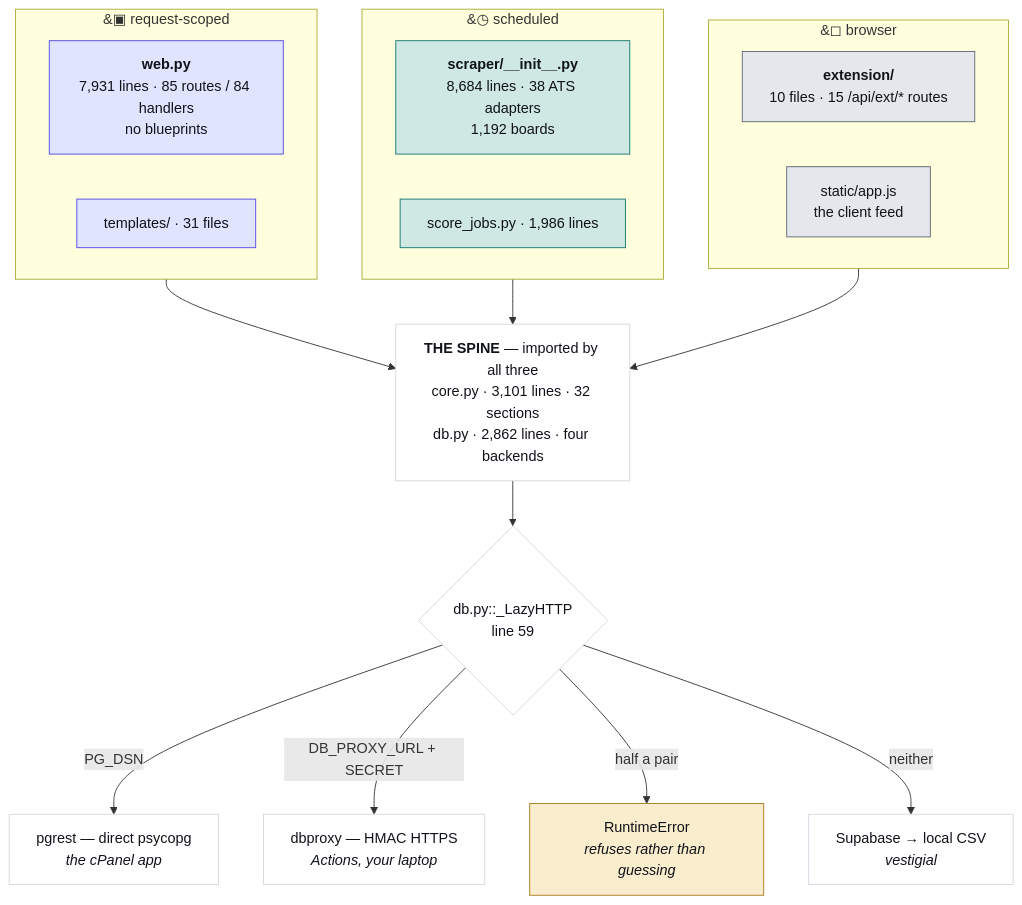
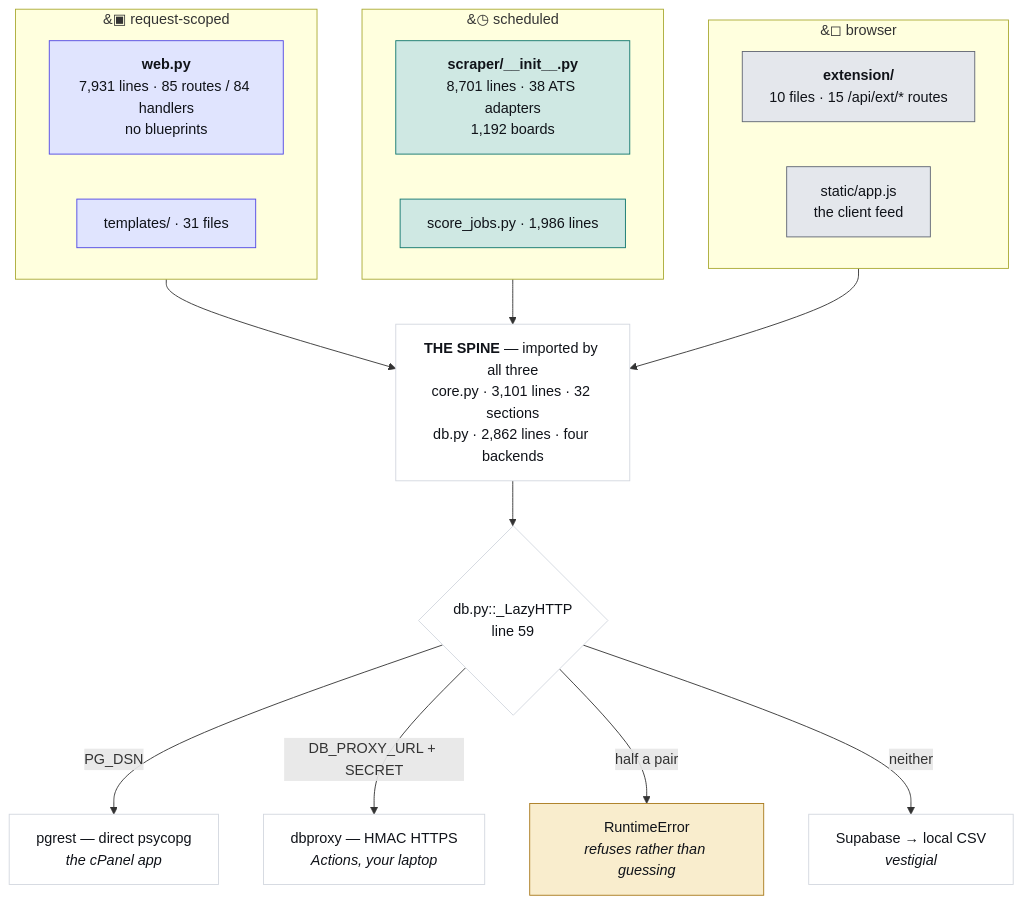
The first of 4 diagrams in JobMatch Scraper/docs/ARCHITECTURE.md (hadakunal909-debug/job-search-tool), drawn with Mermaid before and after one commit. The commit also changed other lines of this file and 6 other files, not shown here.

````diff
--- a/JobMatch Scraper/docs/ARCHITECTURE.md
+++ b/JobMatch Scraper/docs/ARCHITECTURE.md
@@ -45,34 +45,34 @@
 ```mermaid
 flowchart TB
   subgraph REQ["&#9635; request-scoped"]
     W["<b>web.py</b><br/>7,931 lines · 85 routes / 84 handlers<br/>no blueprints"]
     T["templates/ · 31 files"]
   end
   subgraph SCH["&#9719; scheduled"]
-    S["<b>scraper/__init__.py</b><br/>8,684 lines · 38 ATS adapters<br/>1,192 boards"]
+    S["<b>scraper/__init__.py</b><br/>8,701 lines · 38 ATS adapters<br/>1,192 boards"]
     J["score_jobs.py · 1,986 lines"]
   end
   subgraph CLI["&#9723; browser"]
     E["<b>extension/</b><br/>10 files · 15 /api/ext/* routes"]
     A["static/app.js<br/>the client feed"]
   end
   SPINE["<b>THE SPINE</b> — imported by all three<br/>core.py · 3,101 lines · 32 sections<br/>db.py · 2,862 lines · four backends"]
   REQ --> SPINE
   SCH --> SPINE
   CLI --> SPINE
   SPINE --> D{"db.py::_LazyHTTP<br/>line 59"}
   D -->|"PG_DSN"| P["pgrest — direct psycopg<br/><i>the cPanel app</i>"]
   D -->|"DB_PROXY_URL + SECRET"| X["dbproxy — HMAC HTTPS<br/><i>Actions, your laptop</i>"]
   D -->|"half a pair"| R["RuntimeError<br/><i>refuses rather than guessing</i>"]
   D -->|"neither"| V["Supabase → local CSV<br/><i>vestigial</i>"]
   classDef web fill:#e0e4fe,stroke:#4f46e5,color:#101319
   classDef sched fill:#cfe8e3,stroke:#0f766e,color:#101319
   classDef client fill:#e4e7ec,stroke:#5f6573,color:#101319
   classDef trap fill:#f9edcd,stroke:#a8781a,color:#101319
   classDef plain fill:#ffffff,stroke:#d3d7df,color:#101319
   class W,T web
   class S,J sched
   class E,A client
   class R trap
   class SPINE,D,P,X,V plain
 ```
````
